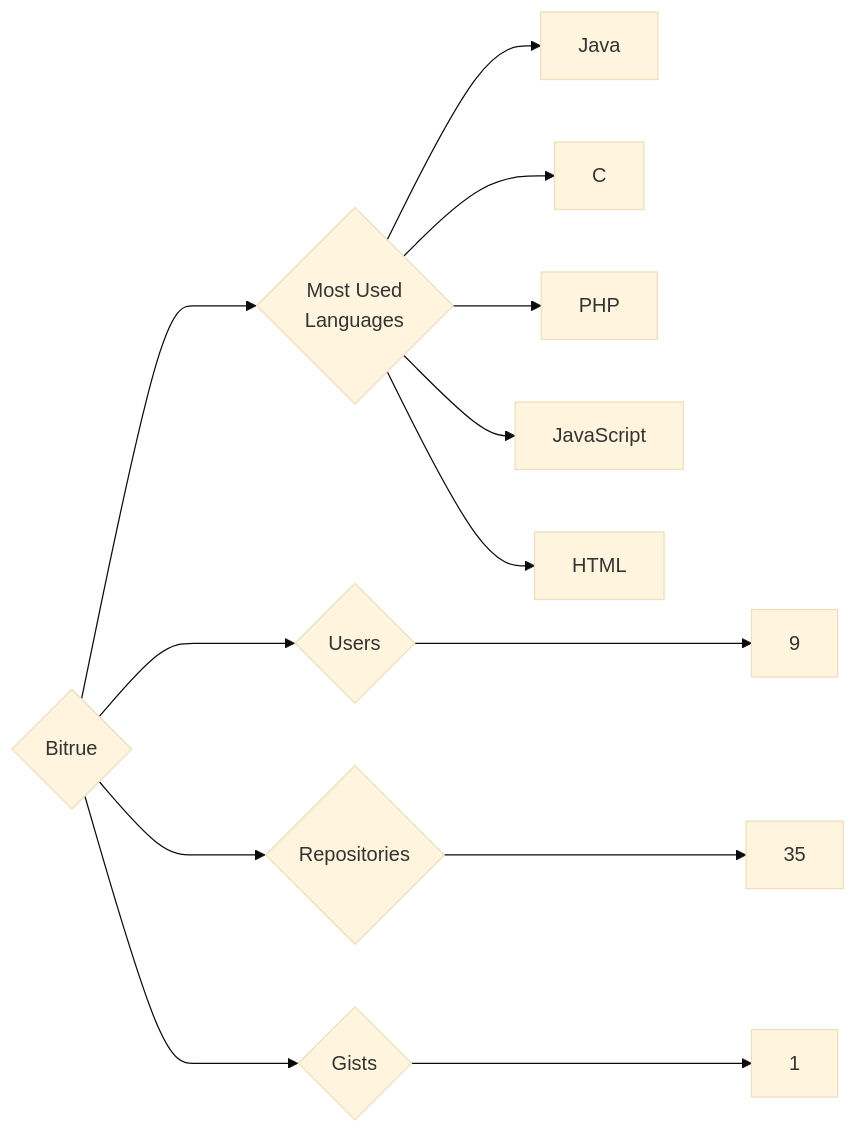
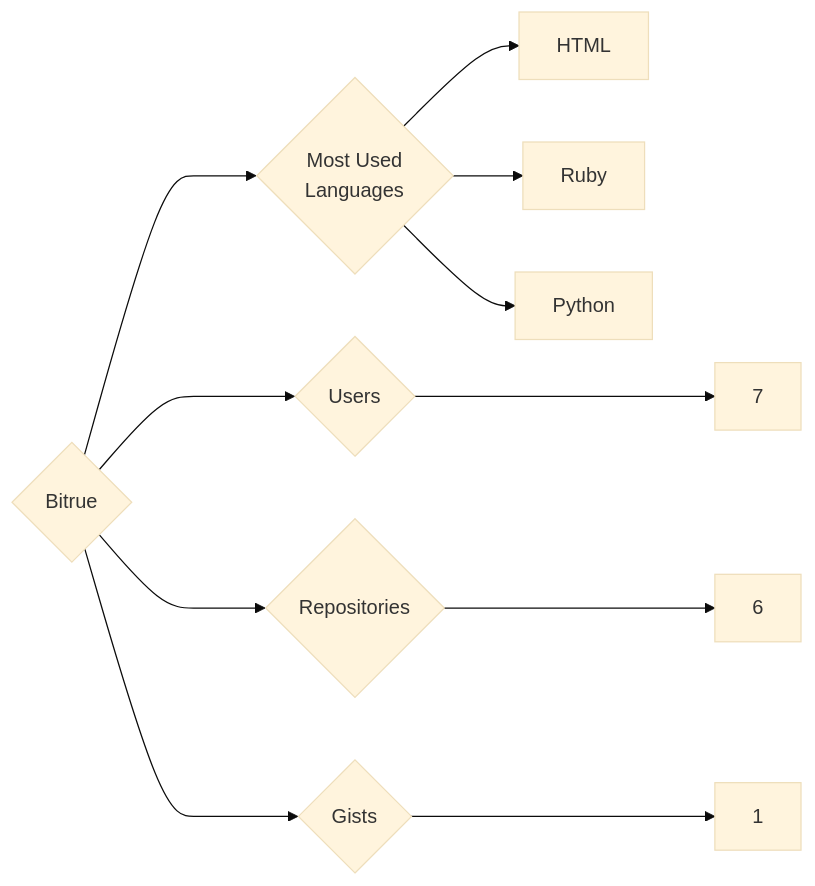
One commit to trickest/insiders changed the diagram in targets/Bitrue/README.md. Above: the diagram before and after it, drawn with Mermaid (base theme). The commit also changed 614 other files, not shown here.

````diff
--- a/targets/Bitrue/README.md
+++ b/targets/Bitrue/README.md
@@ -3,13 +3,11 @@
 ```mermaid
 graph LR
 COMPANY_NAME{Bitrue}
-COMPANY_NAME ---> U{Users} ---> UN[9]
-COMPANY_NAME ---> R{Repositories} ---> RN[35]
+COMPANY_NAME ---> U{Users} ---> UN[7]
+COMPANY_NAME ---> R{Repositories} ---> RN[6]
 COMPANY_NAME ---> G{Gists} ---> GN[1]
 COMPANY_NAME ---> ML{Most Used<br>Languages}
-ML --> Java[Java]
-ML --> C[C]
-ML --> PHP[PHP]
-ML --> JavaScript[JavaScript]
 ML --> HTML[HTML]
+ML --> Ruby[Ruby]
+ML --> Python[Python]
 ```
````
